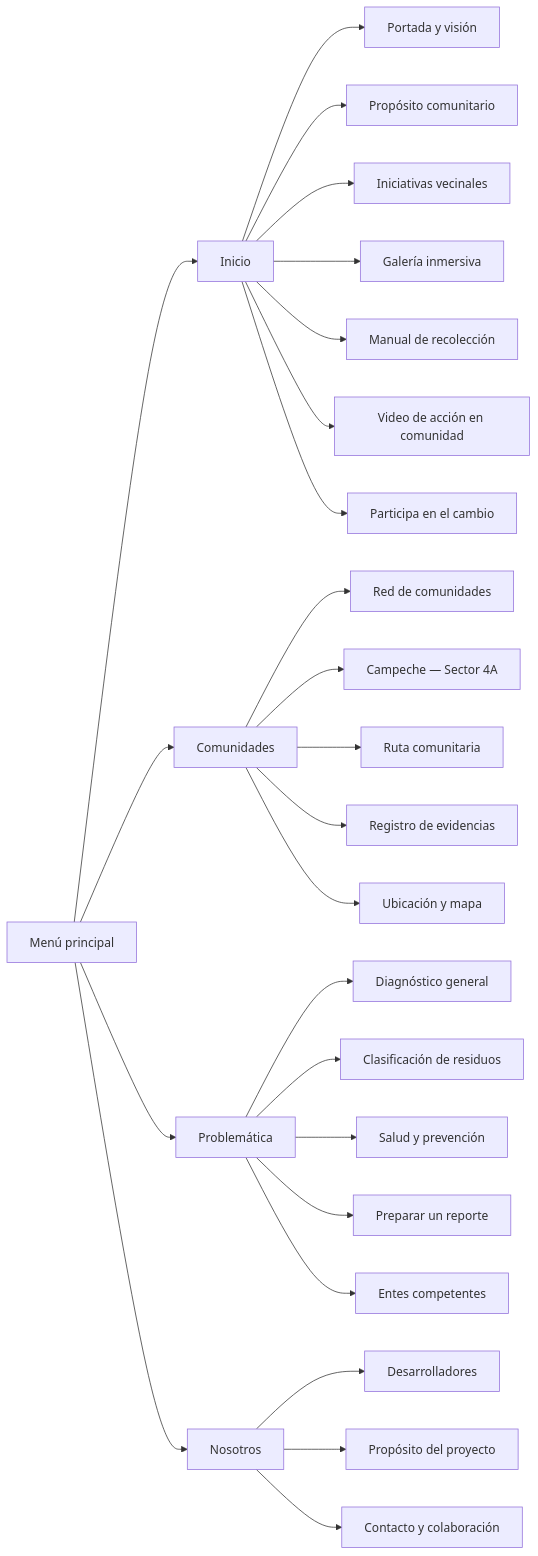
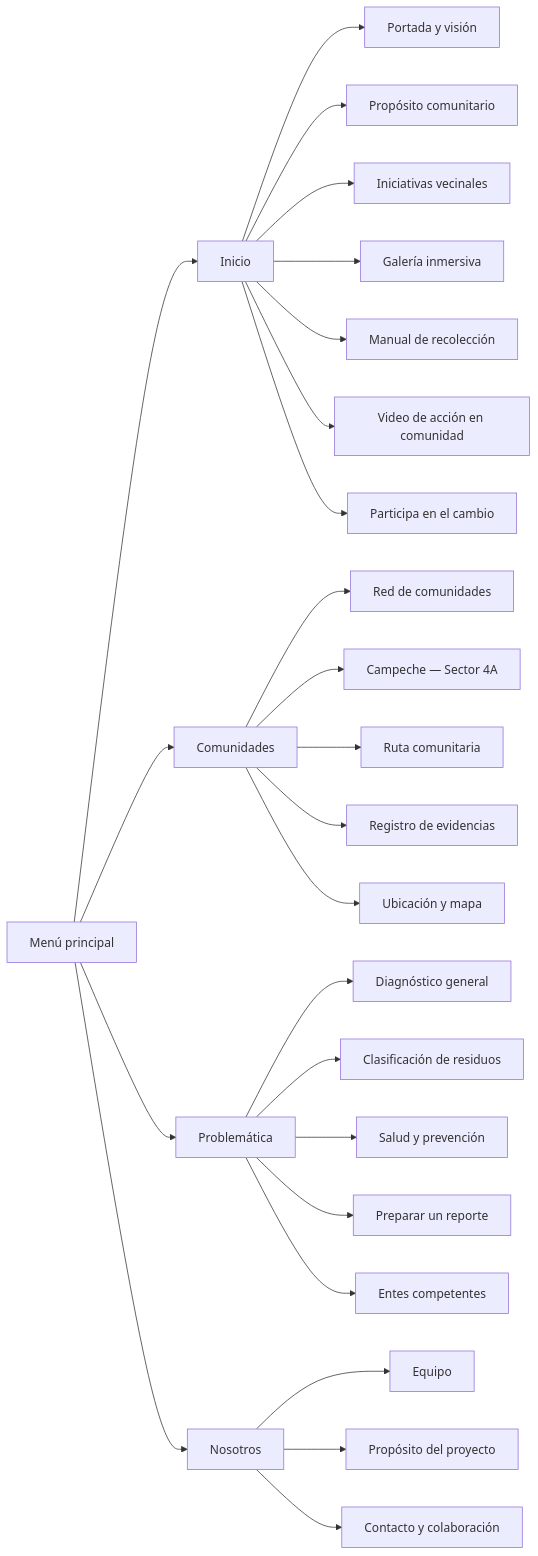
Before and after one commit to edelacruzcr/IsabellaProyecto: the second of 5 diagrams in NAVEGACION.md, drawn with Mermaid. The commit also changed other lines of this file and 8 other files, not shown here.

Commit message:
Update navigation terminology to replace "Desarrolladores" with "Equipo" for consistency across the site

````diff
--- a/NAVEGACION.md
+++ b/NAVEGACION.md
@@ -53,31 +53,31 @@
 ```mermaid
 flowchart LR
     Menu["Menú principal"]
     Menu --> Inicio["Inicio"]
     Inicio --> Portada["Portada y visión"]
     Inicio --> Proposito["Propósito comunitario"]
     Inicio --> Iniciativas["Iniciativas vecinales"]
     Inicio --> GaleriaEco["Galería inmersiva"]
     Inicio --> Manual["Manual de recolección"]
     Inicio --> Video["Video de acción en comunidad"]
     Inicio --> Participa["Participa en el cambio"]
 
     Menu --> Comunidad["Comunidades"]
     Comunidad --> Red["Red de comunidades"]
     Comunidad --> Perfil["Campeche — Sector 4A"]
     Comunidad --> Ruta["Ruta comunitaria"]
     Comunidad --> Evidencias["Registro de evidencias"]
     Comunidad --> Mapa["Ubicación y mapa"]
 
     Menu --> Problematica["Problemática"]
     Problematica --> Diagnostico["Diagnóstico general"]
     Problematica --> Clasificacion["Clasificación de residuos"]
     Problematica --> Salud["Salud y prevención"]
     Problematica --> Reporte["Preparar un reporte"]
     Problematica --> Entes["Entes competentes"]
 
     Menu --> Nosotros["Nosotros"]
-    Nosotros --> Equipo["Desarrolladores"]
+    Nosotros --> Equipo["Equipo"]
     Nosotros --> Metas["Propósito del proyecto"]
     Nosotros --> Contacto["Contacto y colaboración"]
 ```
````
